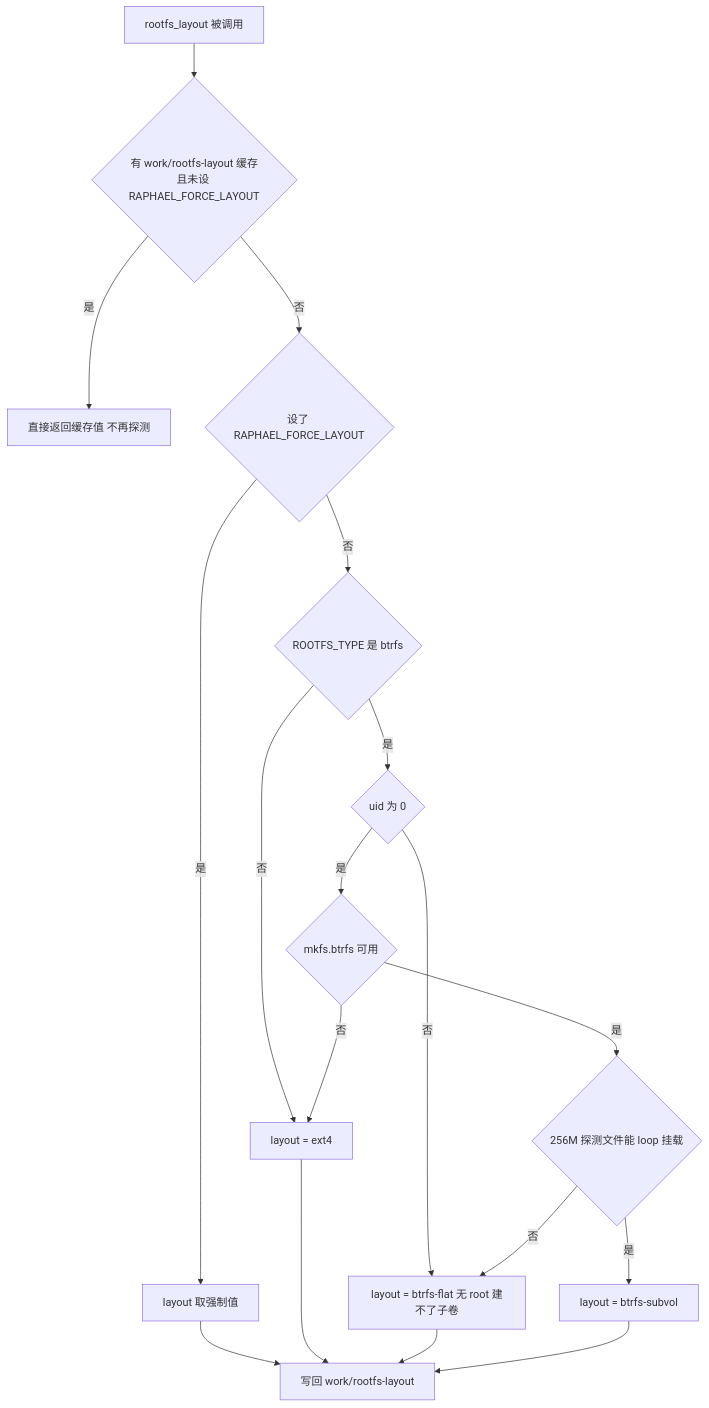
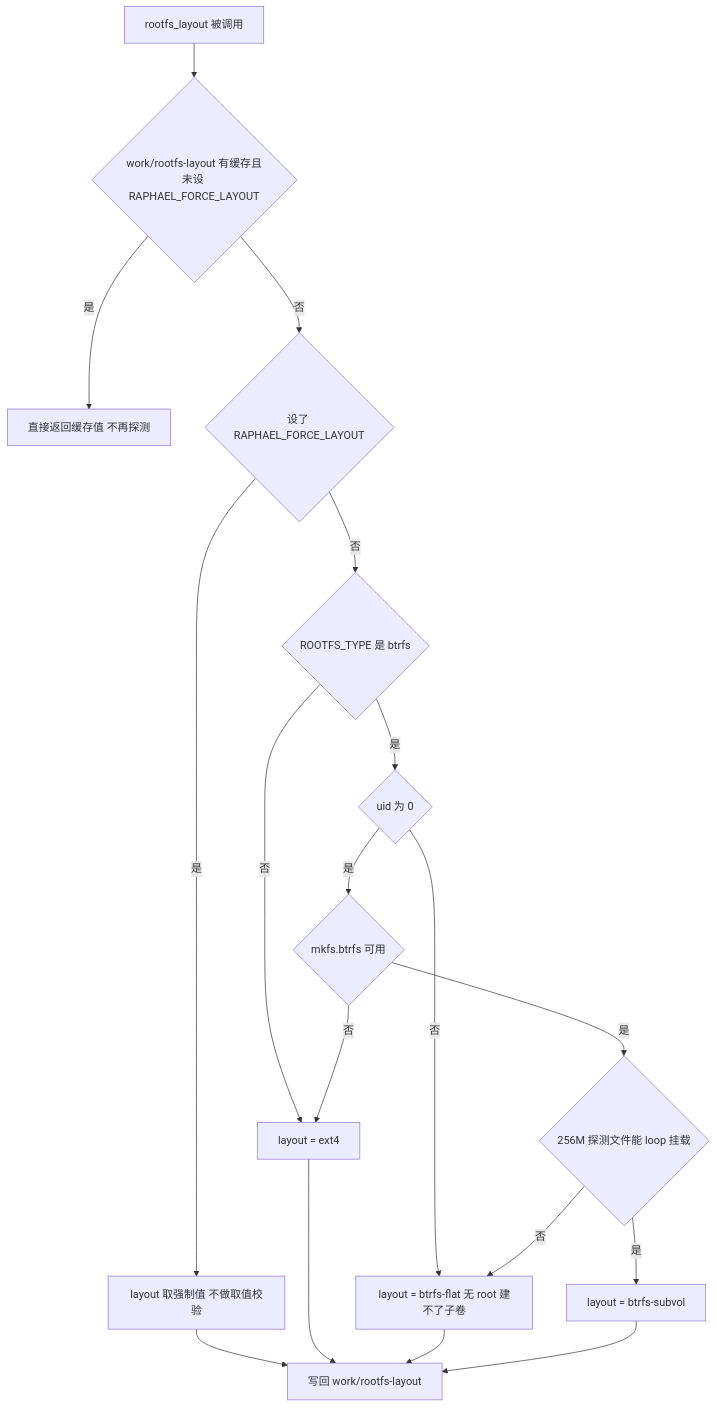
Before and after one commit to Winter21c/archlinux-xiaomi-raphael: the first of 3 diagrams in openwiki/concepts/rootfs-layout-and-fstab.md, drawn with Mermaid. The commit also changed other lines of this file and 17 other files, not shown here.

````diff
--- a/openwiki/concepts/rootfs-layout-and-fstab.md
+++ b/openwiki/concepts/rootfs-layout-and-fstab.md
@@ -36,20 +59,20 @@
 ```mermaid
 flowchart TD
-  A["rootfs_layout 被调用"] --> B{"有 work/rootfs-layout 缓存且未设 RAPHAEL_FORCE_LAYOUT"}
-  B -->|是| Z["直接返回缓存值 不再探测"]
-  B -->|否| C{"设了 RAPHAEL_FORCE_LAYOUT"}
-  C -->|是| D["layout 取强制值"]
-  C -->|否| E{"ROOTFS_TYPE 是 btrfs"}
-  E -->|否| F["layout = ext4"]
-  E -->|是| G{"uid 为 0"}
-  G -->|否| H["layout = btrfs-flat 无 root 建不了子卷"]
-  G -->|是| I{"mkfs.btrfs 可用"}
-  I -->|否| F
-  I -->|是| J{"256M 探测文件能 loop 挂载"}
-  J -->|是| K["layout = btrfs-subvol"]
-  J -->|否| H
+  A["rootfs_layout 被调用"] --> B{"work/rootfs-layout 有缓存且未设 RAPHAEL_FORCE_LAYOUT"}
+  B -- 是 --> Z["直接返回缓存值 不再探测"]
+  B -- 否 --> C{"设了 RAPHAEL_FORCE_LAYOUT"}
+  C -- 是 --> D["layout 取强制值 不做取值校验"]
+  C -- 否 --> E{"ROOTFS_TYPE 是 btrfs"}
+  E -- 否 --> F["layout = ext4"]
+  E -- 是 --> G{"uid 为 0"}
+  G -- 否 --> H["layout = btrfs-flat 无 root 建不了子卷"]
+  G -- 是 --> I{"mkfs.btrfs 可用"}
+  I -- 否 --> F
+  I -- 是 --> J{"256M 探测文件能 loop 挂载"}
+  J -- 是 --> K["layout = btrfs-subvol"]
+  J -- 否 --> H
   D --> W["写回 work/rootfs-layout"]
   F --> W
   H --> W
   K --> W
 ```
````
